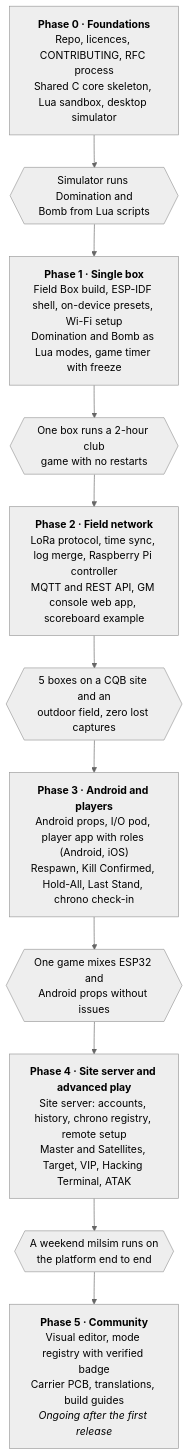
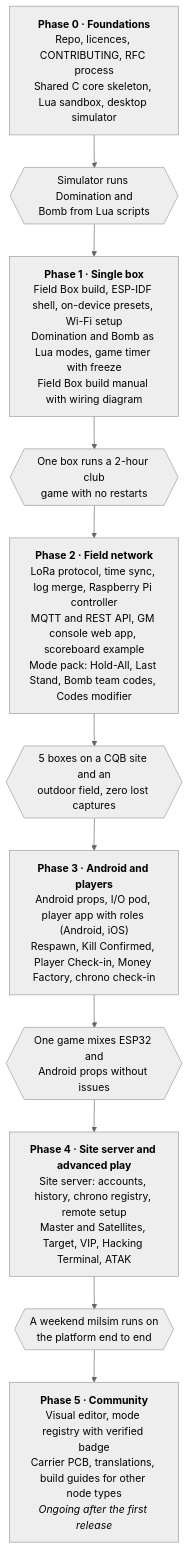
Before and after one commit to vakaobr/atalaia-project: the third of 3 diagrams in docs/design-spec.md, drawn with Mermaid (neutral theme). The commit also changed other lines of this file and 137 other files, not shown here.

````diff
--- a/docs/design-spec.md
+++ b/docs/design-spec.md
@@ -947,15 +947,15 @@
 ```mermaid
 flowchart TB
     p0["<b>Phase 0 · Foundations</b><br/>Repo, licences, CONTRIBUTING, RFC process<br/>Shared C core skeleton, Lua sandbox, desktop simulator"]
     g0{{"Simulator runs Domination and<br/>Bomb from Lua scripts"}}
-    p1["<b>Phase 1 · Single box</b><br/>Field Box build, ESP-IDF shell, on-device presets, Wi-Fi setup<br/>Domination and Bomb as Lua modes, game timer with freeze"]
+    p1["<b>Phase 1 · Single box</b><br/>Field Box build, ESP-IDF shell, on-device presets, Wi-Fi setup<br/>Domination and Bomb as Lua modes, game timer with freeze<br/>Field Box build manual with wiring diagram"]
     g1{{"One box runs a 2-hour club<br/>game with no restarts"}}
-    p2["<b>Phase 2 · Field network</b><br/>LoRa protocol, time sync, log merge, Raspberry Pi controller<br/>MQTT and REST API, GM console web app, scoreboard example"]
+    p2["<b>Phase 2 · Field network</b><br/>LoRa protocol, time sync, log merge, Raspberry Pi controller<br/>MQTT and REST API, GM console web app, scoreboard example<br/>Mode pack: Hold-All, Last Stand, Bomb team codes, Codes modifier"]
     g2{{"5 boxes on a CQB site and an<br/>outdoor field, zero lost captures"}}
-    p3["<b>Phase 3 · Android and players</b><br/>Android props, I/O pod, player app with roles (Android, iOS)<br/>Respawn, Kill Confirmed, Hold-All, Last Stand, chrono check-in"]
+    p3["<b>Phase 3 · Android and players</b><br/>Android props, I/O pod, player app with roles (Android, iOS)<br/>Respawn, Kill Confirmed, Player Check-in, Money Factory, chrono check-in"]
     g3{{"One game mixes ESP32 and<br/>Android props without issues"}}
     p4["<b>Phase 4 · Site server and advanced play</b><br/>Site server: accounts, history, chrono registry, remote setup<br/>Master and Satellites, Target, VIP, Hacking Terminal, ATAK"]
     g4{{"A weekend milsim runs on<br/>the platform end to end"}}
-    p5["<b>Phase 5 · Community</b><br/>Visual editor, mode registry with verified badge<br/>Carrier PCB, translations, build guides<br/><i>Ongoing after the first release</i>"]
+    p5["<b>Phase 5 · Community</b><br/>Visual editor, mode registry with verified badge<br/>Carrier PCB, translations, build guides for other node types<br/><i>Ongoing after the first release</i>"]
     p0 --> g0 --> p1 --> g1 --> p2 --> g2 --> p3 --> g3 --> p4 --> g4 --> p5
 ```
````
